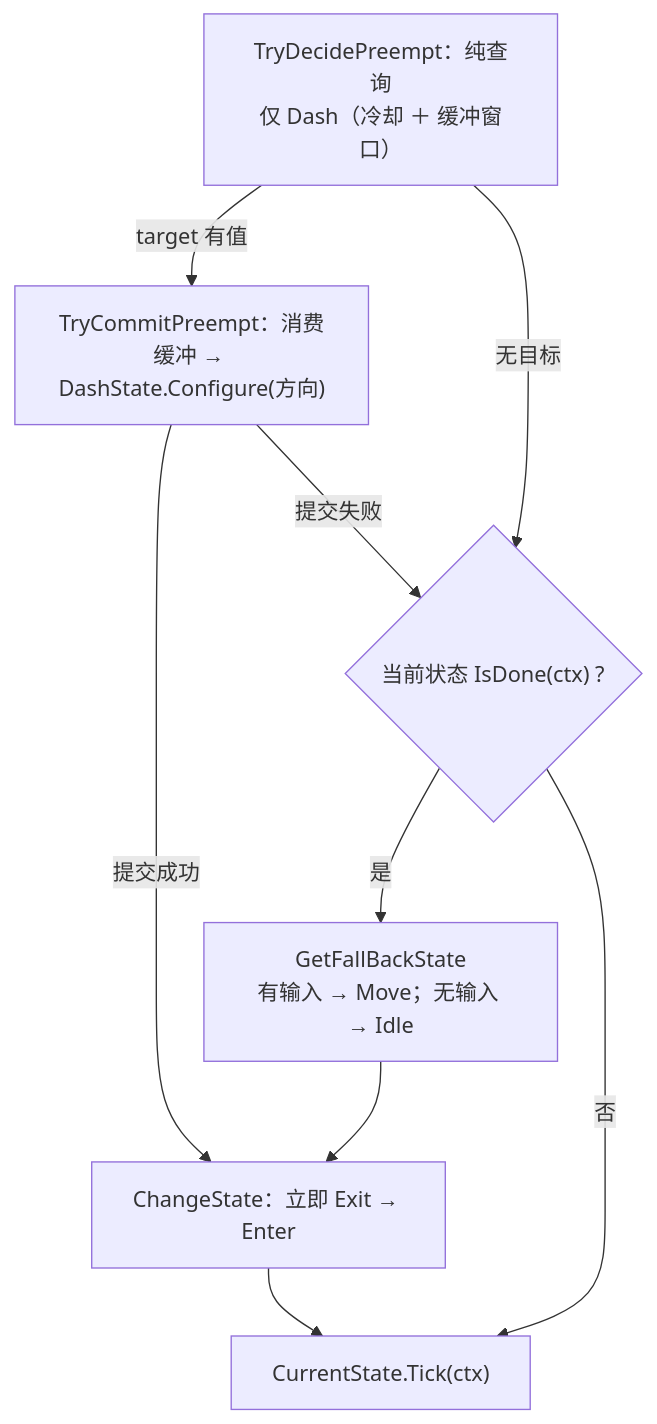
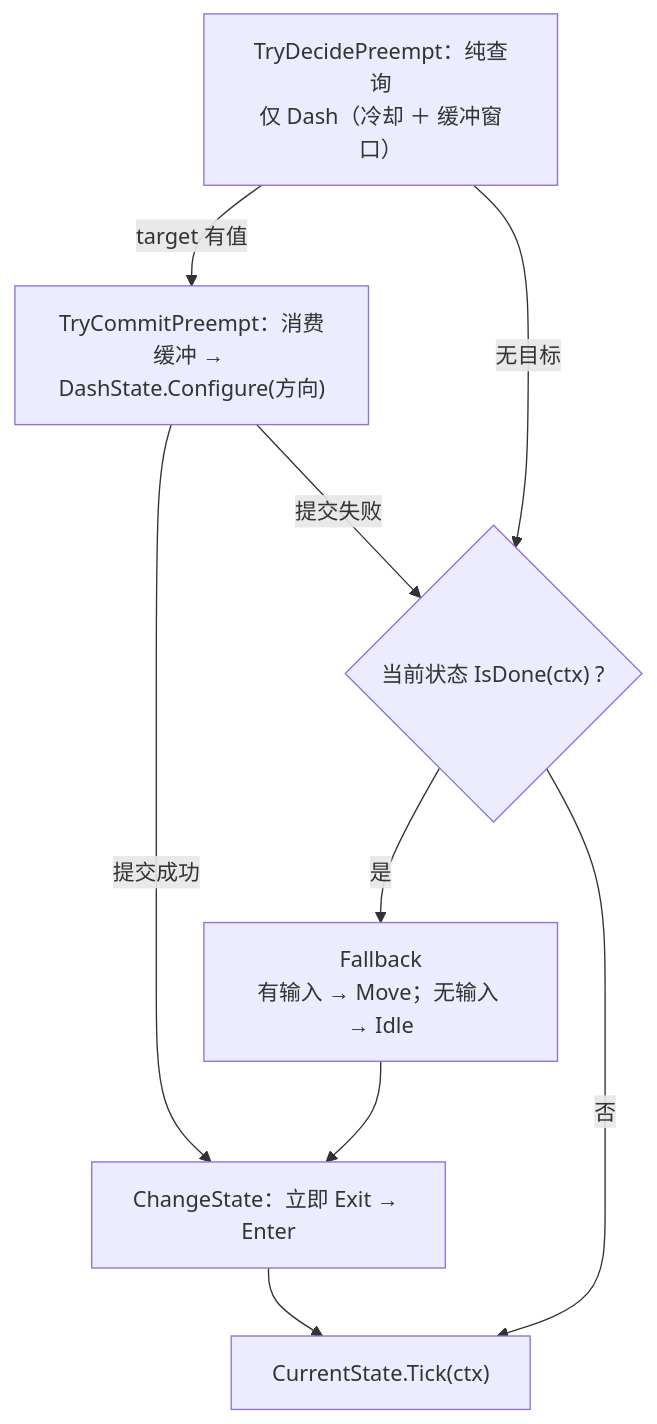
The first of 3 diagrams in Docs/框架设计/分层设计/逻辑层.md (5FYZhou/deepseaoil), drawn with Mermaid before and after one commit. The commit also changed other lines of this file and 13 other files, not shown here.

````diff
--- a/Docs/框架设计/分层设计/逻辑层.md
+++ b/Docs/框架设计/分层设计/逻辑层.md
@@ -93,11 +121,11 @@
 ```mermaid
 flowchart TD
   P["TryDecidePreempt：纯查询<br/>仅 Dash（冷却 ＋ 缓冲窗口）"] -->|"target 有值"| K["TryCommitPreempt：消费缓冲 → DashState.Configure(方向)"]
   K -->|"提交成功"| CS["ChangeState：立即 Exit → Enter"]
   K -->|"提交失败"| D{"当前状态 IsDone(ctx) ?"}
   P -->|"无目标"| D
-  D -->|"是"| FB["GetFallBackState<br/>有输入 → Move；无输入 → Idle"]
+  D -->|"是"| FB["Fallback<br/>有输入 → Move；无输入 → Idle"]
   D -->|"否"| TK["CurrentState.Tick(ctx)"]
   FB --> CS
   CS --> TK
 ```
````
